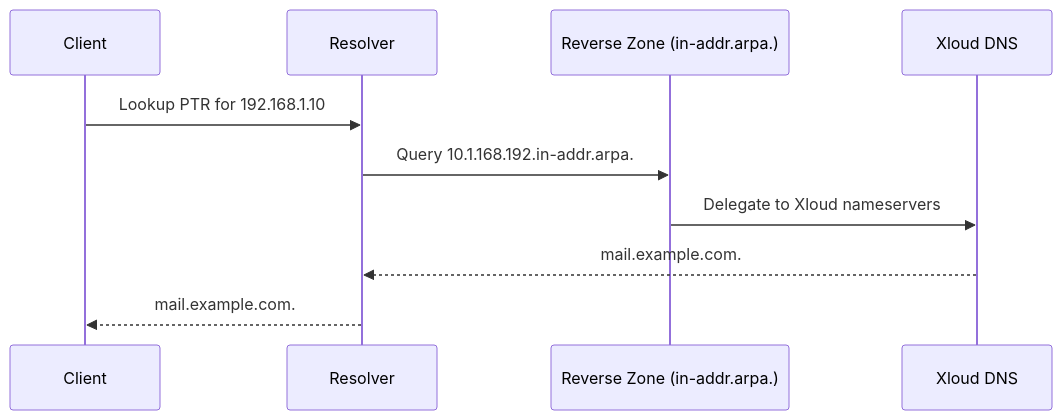
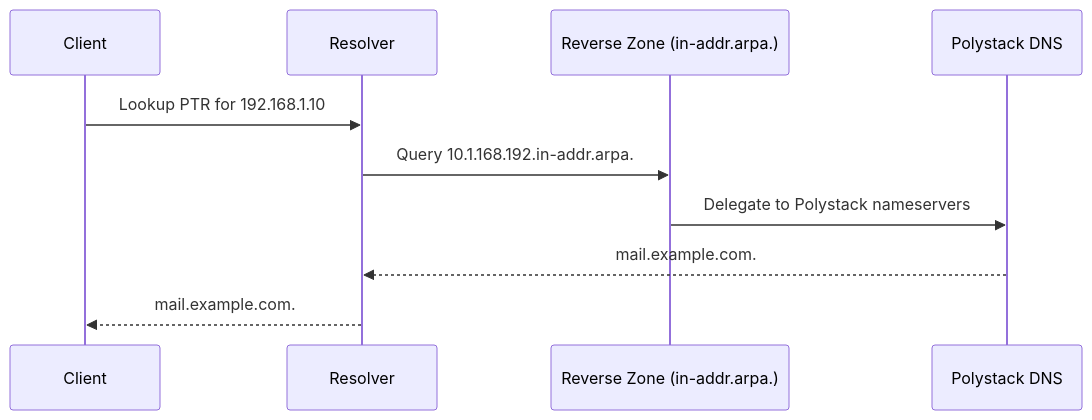
The diagram in services/dns/reverse-dns.mdx (ankur-kumar87/docs-polystack), drawn with Mermaid before and after one commit. The commit also changed other lines of this file and 425 other files, not shown here.

````diff
--- a/services/dns/reverse-dns.mdx
+++ b/services/dns/reverse-dns.mdx
@@ -25,13 +25,13 @@
 ```mermaid
 sequenceDiagram
     participant Client
     participant Resolver
     participant ReverseZone as Reverse Zone (in-addr.arpa.)
-    participant DNS as Xloud DNS
+    participant DNS as Polystack DNS
 
     Client->>Resolver: Lookup PTR for 192.168.1.10
     Resolver->>ReverseZone: Query 10.1.168.192.in-addr.arpa.
-    ReverseZone->>DNS: Delegate to Xloud nameservers
+    ReverseZone->>DNS: Delegate to Polystack nameservers
     DNS-->>Resolver: mail.example.com.
     Resolver-->>Client: mail.example.com.
 ```
````
